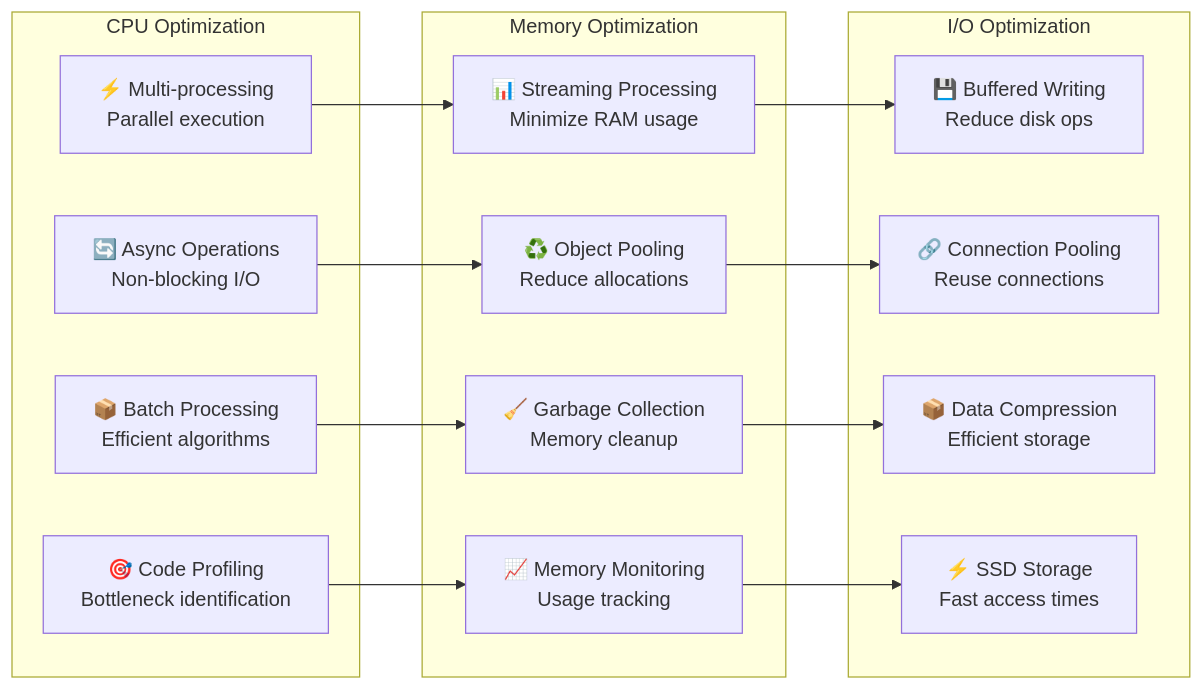
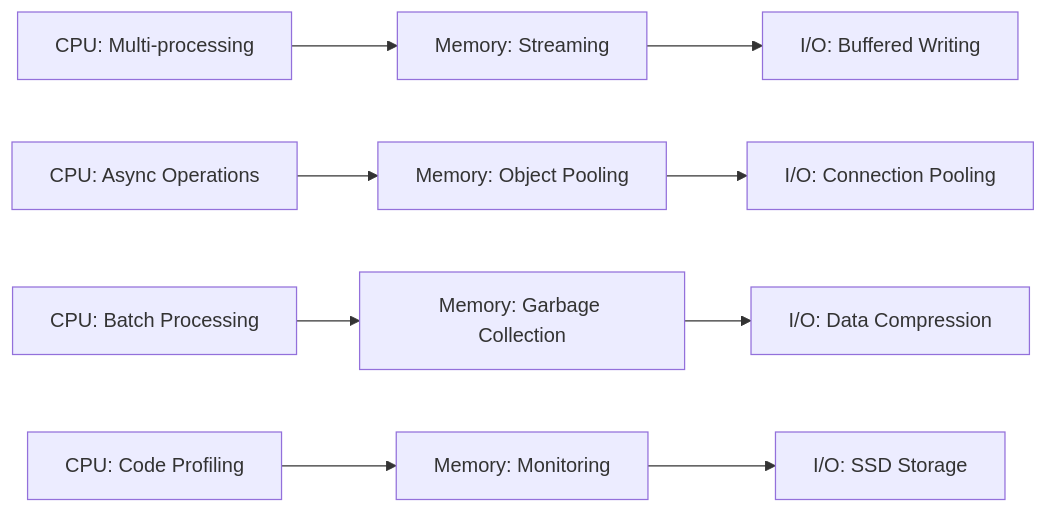
Before and after one commit to SaadMakki/Instagram-comments-scraper-free: diagram 31 of 36 in docs/🏗️ System Architecture & Communication Flow.md, drawn with Mermaid.

Commit message:
updated graph

````diff
--- a/docs/🏗️ System Architecture & Communication Flow.md
+++ b/docs/🏗️ System Architecture & Communication Flow.md
@@ -1377,35 +1377,27 @@
 ```mermaid
 graph LR
-    subgraph "CPU Optimization"
-        A[⚡ Multi-processing<br/>Parallel execution]
-        B[🔄 Async Operations<br/>Non-blocking I/O]
-        C[📦 Batch Processing<br/>Efficient algorithms]
-        D[🎯 Code Profiling<br/>Bottleneck identification]
-    end
+    A[CPU: Multi-processing]
+    B[CPU: Async Operations]
+    C[CPU: Batch Processing]
+    D[CPU: Code Profiling]
     
-    subgraph "Memory Optimization"
-        E[📊 Streaming Processing<br/>Minimize RAM usage]
-        F[♻️ Object Pooling<br/>Reduce allocations]
-        G[🧹 Garbage Collection<br/>Memory cleanup]
-        H[📈 Memory Monitoring<br/>Usage tracking]
-    end
+    E[Memory: Streaming]
+    F[Memory: Object Pooling]
+    G[Memory: Garbage Collection]
+    H[Memory: Monitoring]
     
-    subgraph "I/O Optimization"
-        I[💾 Buffered Writing<br/>Reduce disk ops]
-        J[🔗 Connection Pooling<br/>Reuse connections]
-        K[📦 Data Compression<br/>Efficient storage]
-        L[⚡ SSD Storage<br/>Fast access times]
-    end
+    I[I/O: Buffered Writing]
+    J[I/O: Connection Pooling]
+    K[I/O: Data Compression]
+    L[I/O: SSD Storage]
     
     A --> E
     B --> F
     C --> G
     D --> H
     
     E --> I
     F --> J
     G --> K
     H --> L
-    
-    
 ```
````
